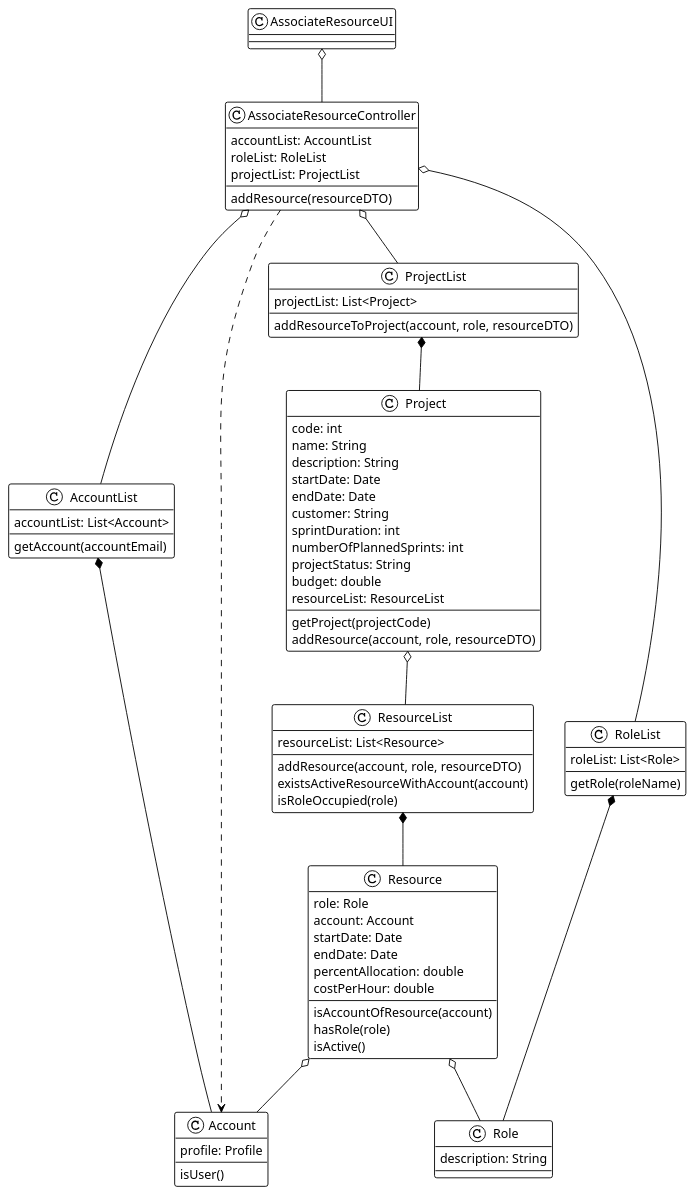
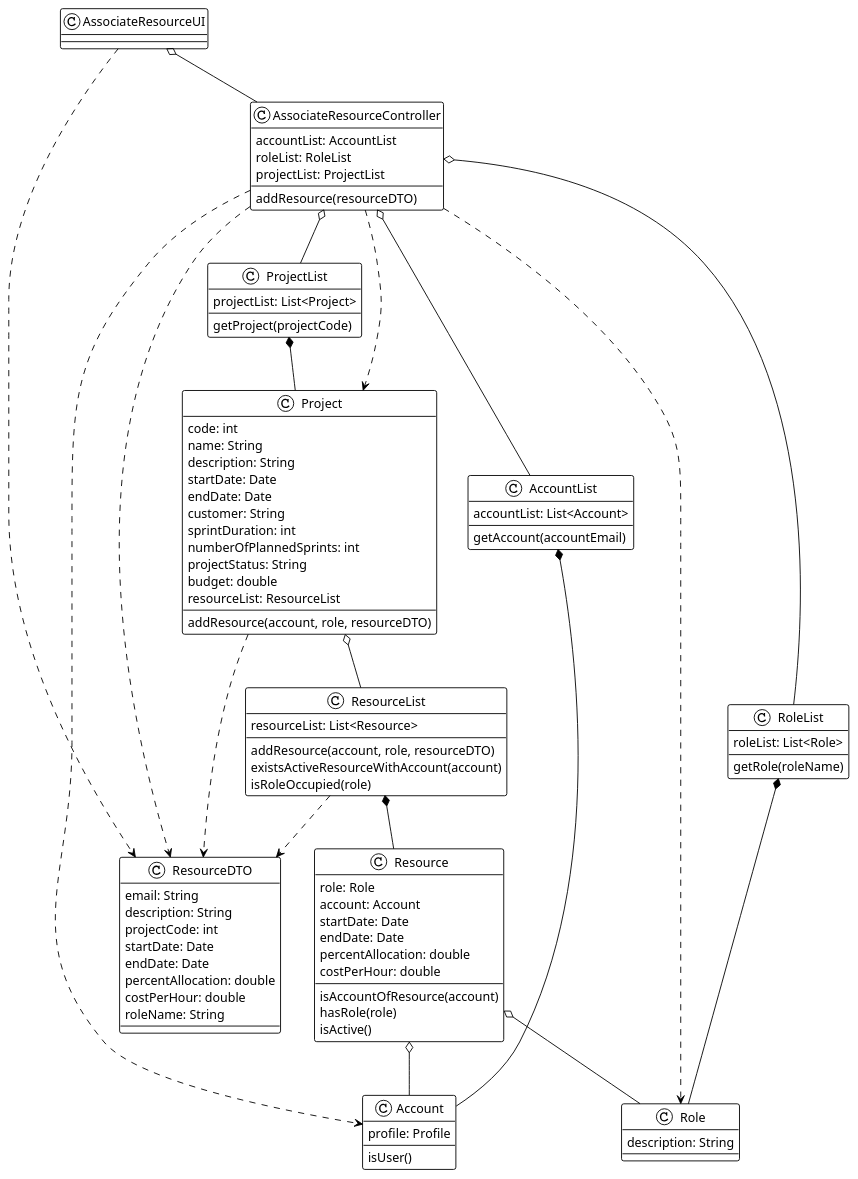
The diagram in docs/modelling_design/user_stories/us012/US012_DefinePOofProjectCD.puml (ivo-menezes/project_g3), drawn with PlantUML before and after one commit. The commit also changed 1 other file, not shown here.

Commit message:
US012: Design: update class diagram and sequence diagram

```diff
--- a/docs/modelling_design/user_stories/us012/US012_DefinePOofProjectCD.puml
+++ b/docs/modelling_design/user_stories/us012/US012_DefinePOofProjectCD.puml
@@ -1,85 +1,101 @@
 @startuml
 !theme plain
 
 class AssociateResourceUI {
+}
+
+class ResourceDTO {
+email: String
+description: String
+projectCode: int
+startDate: Date
+endDate: Date
+percentAllocation: double
+costPerHour: double
+roleName: String
 }
 
 class AssociateResourceController {
 accountList: AccountList
 roleList: RoleList
 projectList: ProjectList
 addResource(resourceDTO)
 }
 
 class AccountList {
 accountList: List<Account>
 getAccount(accountEmail)
 }
 
 class Account {
 profile: Profile
 isUser()
 }
 
 class RoleList {
 roleList: List<Role>
 getRole(roleName)
 }
 
 class Role {
 description: String
 }
 
 class ProjectList {
 projectList: List<Project>
-addResourceToProject(account, role, resourceDTO)
+getProject(projectCode)
 }
 
 class Project {
 code: int
 name: String
 description: String
 startDate: Date
 endDate: Date
 customer: String
 sprintDuration: int
 numberOfPlannedSprints: int
 projectStatus: String
 budget: double
 resourceList: ResourceList
-getProject(projectCode)
 addResource(account, role, resourceDTO)
 }
 
 class ResourceList {
 resourceList: List<Resource>
 addResource(account, role, resourceDTO)
 existsActiveResourceWithAccount(account)
 isRoleOccupied(role)
 }
 
 class Resource {
 role: Role
 account: Account
 startDate: Date
 endDate: Date
 percentAllocation: double
 costPerHour: double
 isAccountOfResource(account)
 hasRole(role)
 isActive()
 }
 
 AssociateResourceUI o-- AssociateResourceController
 AssociateResourceController o-- ProjectList
 ProjectList *-- Project
 Project o-- ResourceList
 ResourceList *-- Resource
 AccountList *-- Account
 RoleList *-- Role
 AssociateResourceController o-- AccountList
 AssociateResourceController ..> Account
 AssociateResourceController o-- RoleList
 Resource o-- Account
 Resource o-- Role
+AssociateResourceUI ..> ResourceDTO
+AssociateResourceController ..> ResourceDTO
+Project ..> ResourceDTO
+ResourceList ..> ResourceDTO
+AssociateResourceController ..> Project
+AssociateResourceController ..> Role
 @enduml
```
